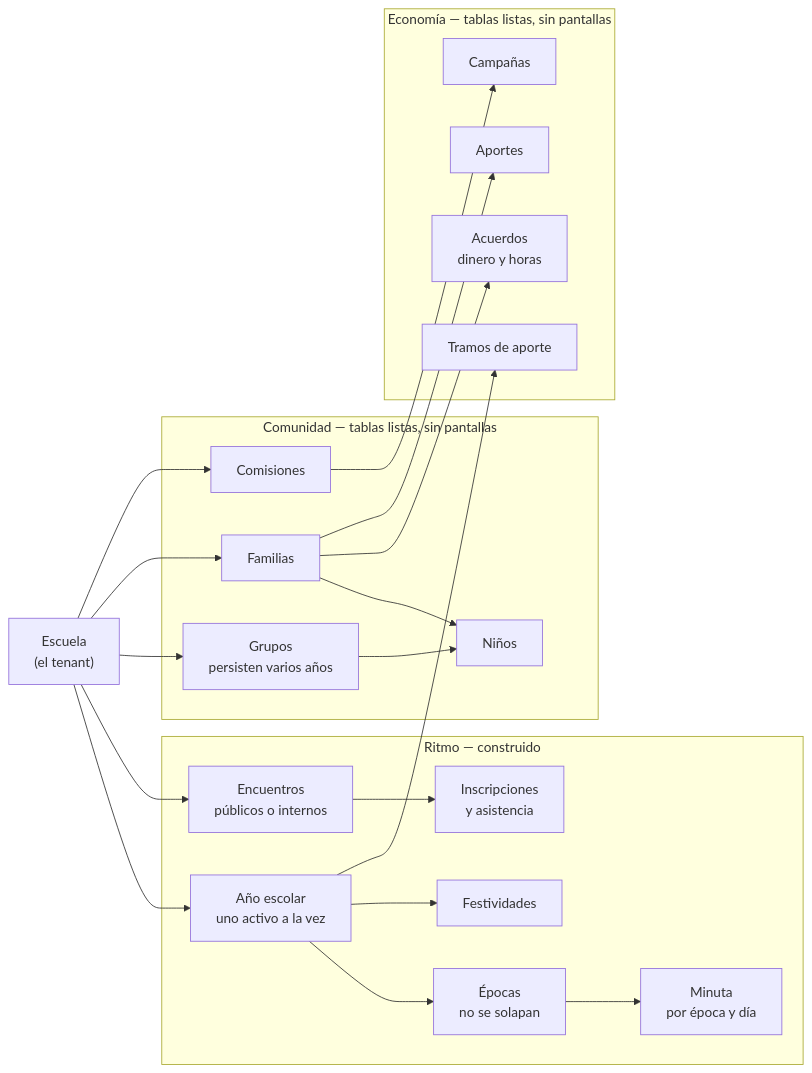
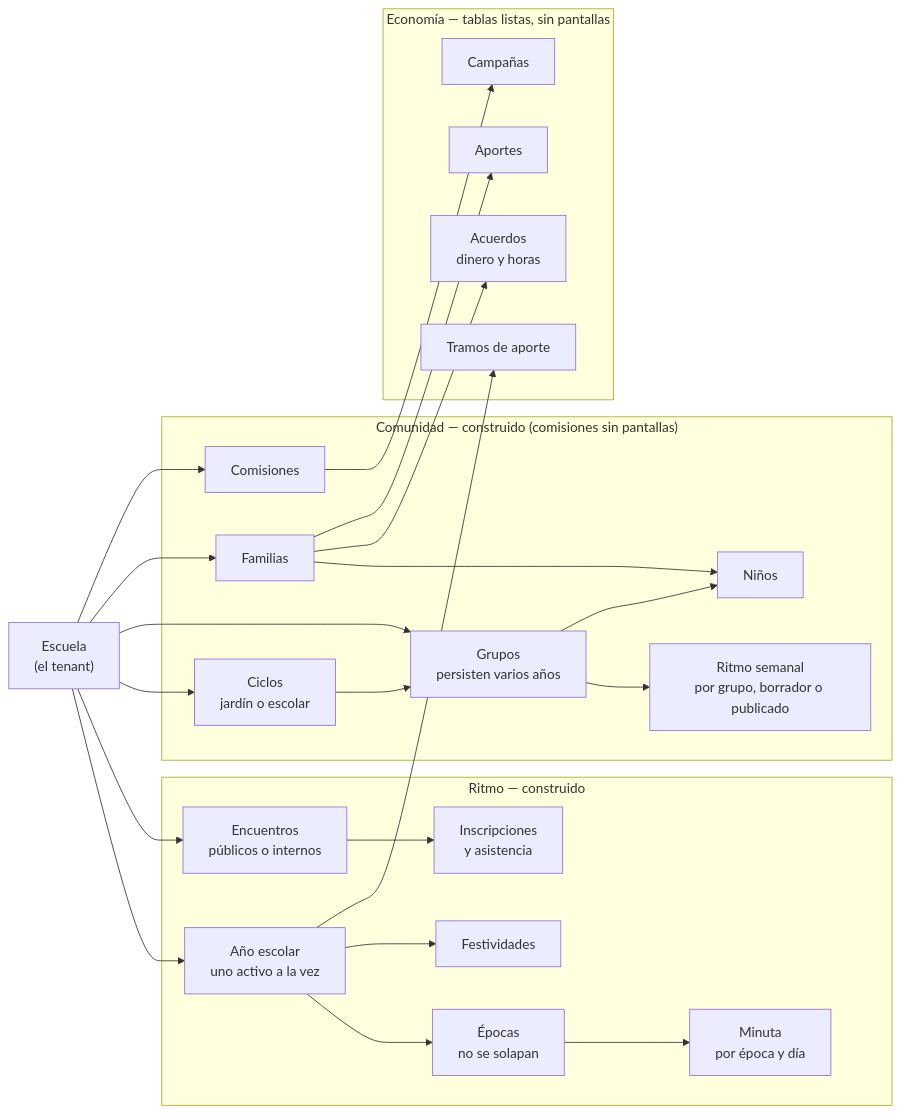
One commit to adolfoperezs/waldorf-app changed the third of 8 diagrams in docs/MAPA.md. Above: the diagram before and after it, drawn with Mermaid. The commit also changed other lines of this file and 94 other files, not shown here.

````diff
--- a/docs/MAPA.md
+++ b/docs/MAPA.md
@@ -98,43 +99,48 @@
 ```mermaid
 flowchart LR
     E["Escuela<br/>(el tenant)"]
 
     subgraph RIT["Ritmo — construido"]
         A["Año escolar<br/>uno activo a la vez"]
         EP["Épocas<br/>no se solapan"]
         FE["Festividades"]
         MI["Minuta<br/>por época y día"]
         EV["Encuentros<br/>públicos o internos"]
         IN["Inscripciones<br/>y asistencia"]
     end
 
-    subgraph COM["Comunidad — tablas listas, sin pantallas"]
+    subgraph COM["Comunidad — construido (comisiones sin pantallas)"]
+        CI["Ciclos<br/>jardín o escolar"]
         G["Grupos<br/>persisten varios años"]
+        RS["Ritmo semanal<br/>por grupo, borrador o publicado"]
         FA["Familias"]
         NI["Niños"]
         CO["Comisiones"]
     end
 
     subgraph ECO["Economía — tablas listas, sin pantallas"]
         TR["Tramos de aporte"]
         AC["Acuerdos<br/>dinero y horas"]
         AP["Aportes"]
         CA["Campañas"]
     end
 
     E --> A
     A --> EP
     A --> FE
     EP --> MI
     E --> EV
     EV --> IN
+    E --> CI
+    CI --> G
+    G --> RS
     E --> G
     E --> FA
     FA --> NI
     G --> NI
     E --> CO
     A --> TR
     FA --> AC
     FA --> AP
     CO --> CA
 ```
````
